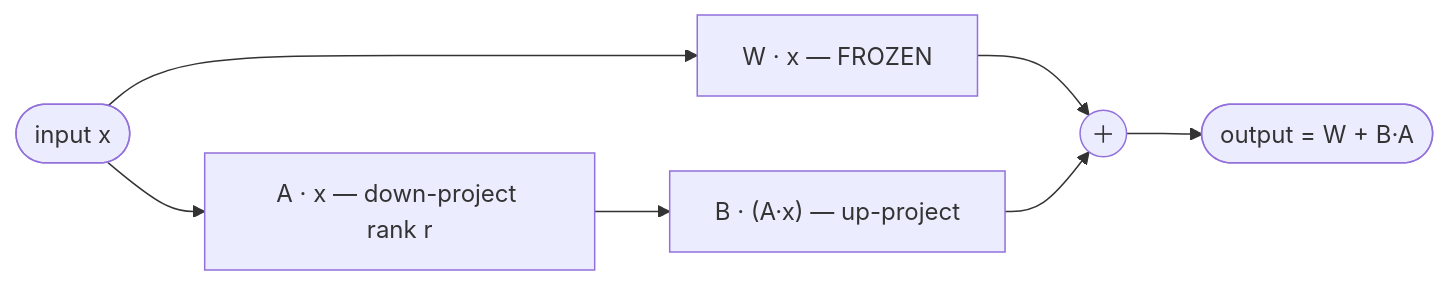
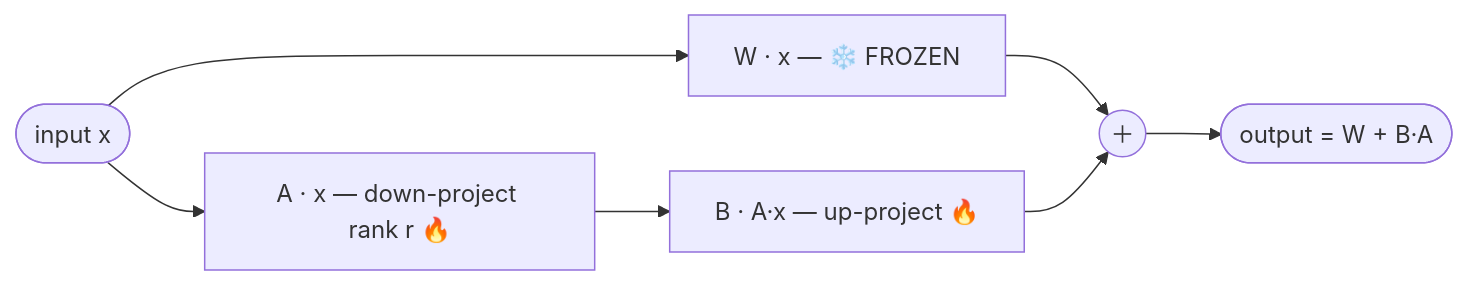
The diagram in book/11-adapt-base-model.md (AmitXShukla/LLM), drawn with Mermaid before and after one commit. The commit also changed other lines of this file and 15 other files, not shown here.

````diff
--- a/book/11-adapt-base-model.md
+++ b/book/11-adapt-base-model.md
@@ -180,9 +187,9 @@
 ```{mermaid}
 flowchart LR
-    X([input x]) --> W["W · x — FROZEN"]
-    X --> A["A · x — down-project rank r"]
-    A --> B["B · (A·x) — up-project"]
+    X([input x]) --> W["W · x — ❄️ FROZEN"]
+    X --> A["A · x — down-project rank r 🔥"]
+    A --> B["B · A·x — up-project 🔥"]
     W --> P((＋))
     B --> P
     P --> Y([output = W + B·A])
 ```
````
